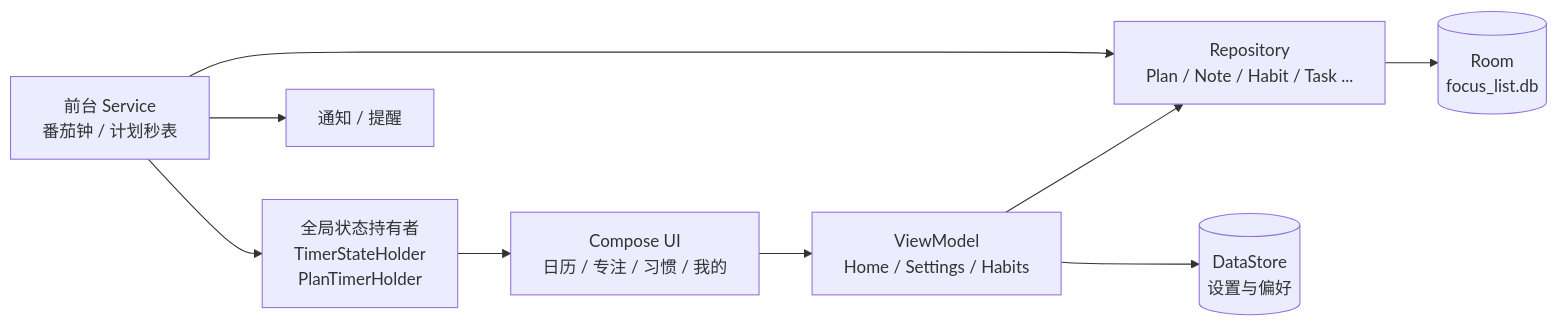
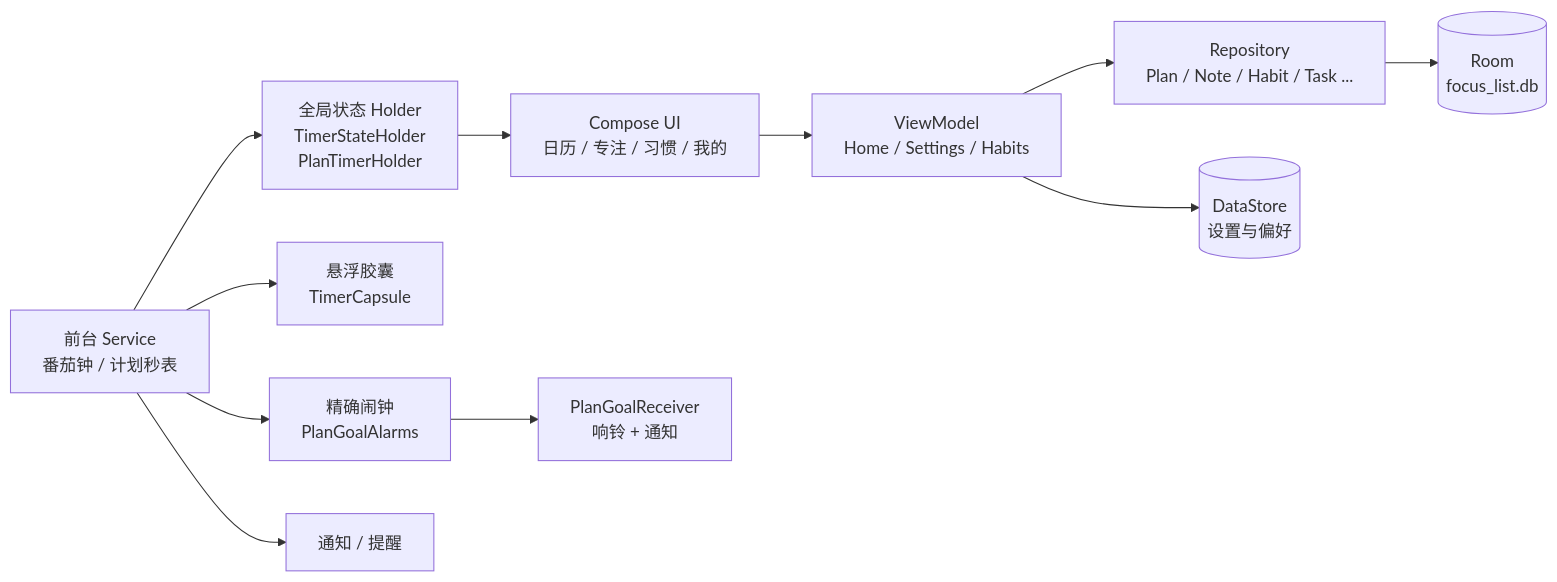
Before and after one commit to 211025787/today-plan: the diagram in README.md, drawn with Mermaid. The commit also changed other lines of this file and 40 other files, not shown here.

````diff
--- a/README.md
+++ b/README.md
@@ -86,11 +102,13 @@
 ```mermaid
 flowchart LR
     UI["Compose UI<br/>日历 / 专注 / 习惯 / 我的"] --> VM["ViewModel<br/>Home / Settings / Habits"]
     VM --> REPO["Repository<br/>Plan / Note / Habit / Task ..."]
     REPO --> DB[("Room<br/>focus_list.db")]
     VM --> PREF[("DataStore<br/>设置与偏好")]
-    SVC["前台 Service<br/>番茄钟 / 计划秒表"] --> HOLDER["全局状态持有者<br/>TimerStateHolder<br/>PlanTimerHolder"]
+    SVC["前台 Service<br/>番茄钟 / 计划秒表"] --> HOLDER["全局状态 Holder<br/>TimerStateHolder<br/>PlanTimerHolder"]
     HOLDER --> UI
-    SVC --> REPO
+    SVC --> CAPSULE["悬浮胶囊<br/>TimerCapsule"]
+    SVC --> ALARM["精确闹钟<br/>PlanGoalAlarms"]
+    ALARM --> RECEIVER["PlanGoalReceiver<br/>响铃 + 通知"]
     SVC --> NOTIFY["通知 / 提醒"]
 ```
````
